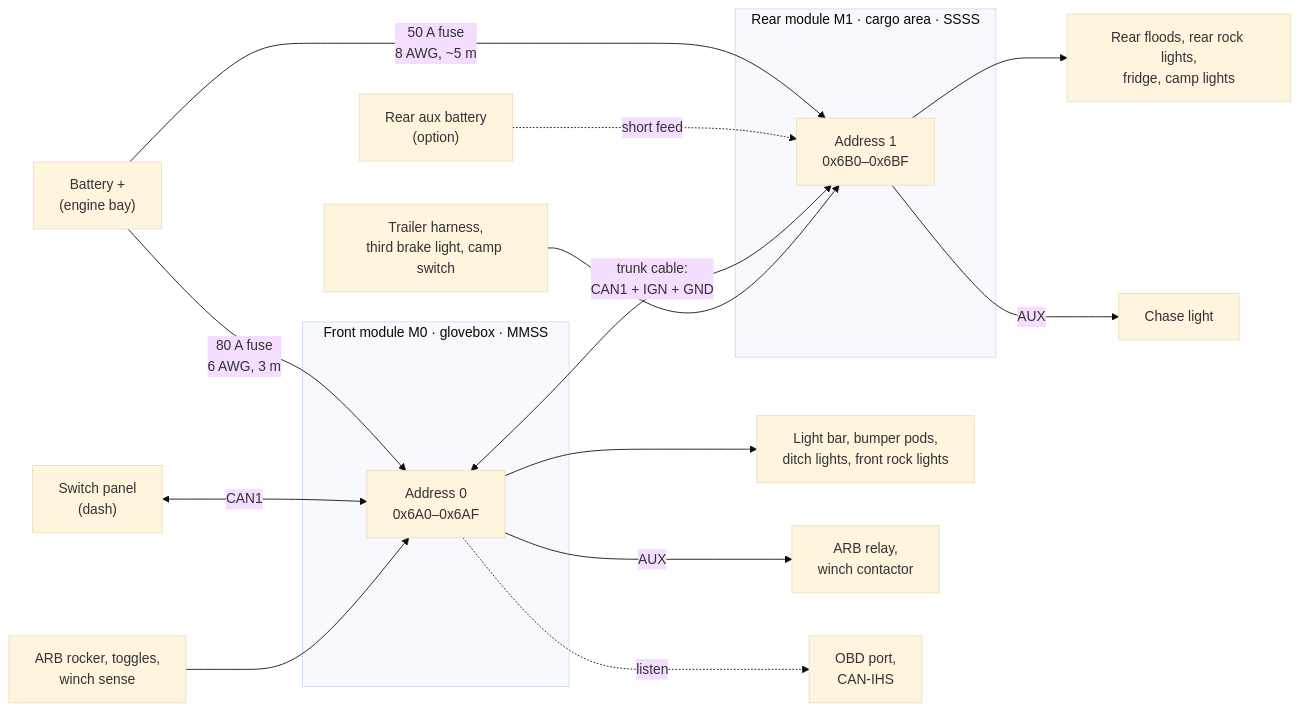
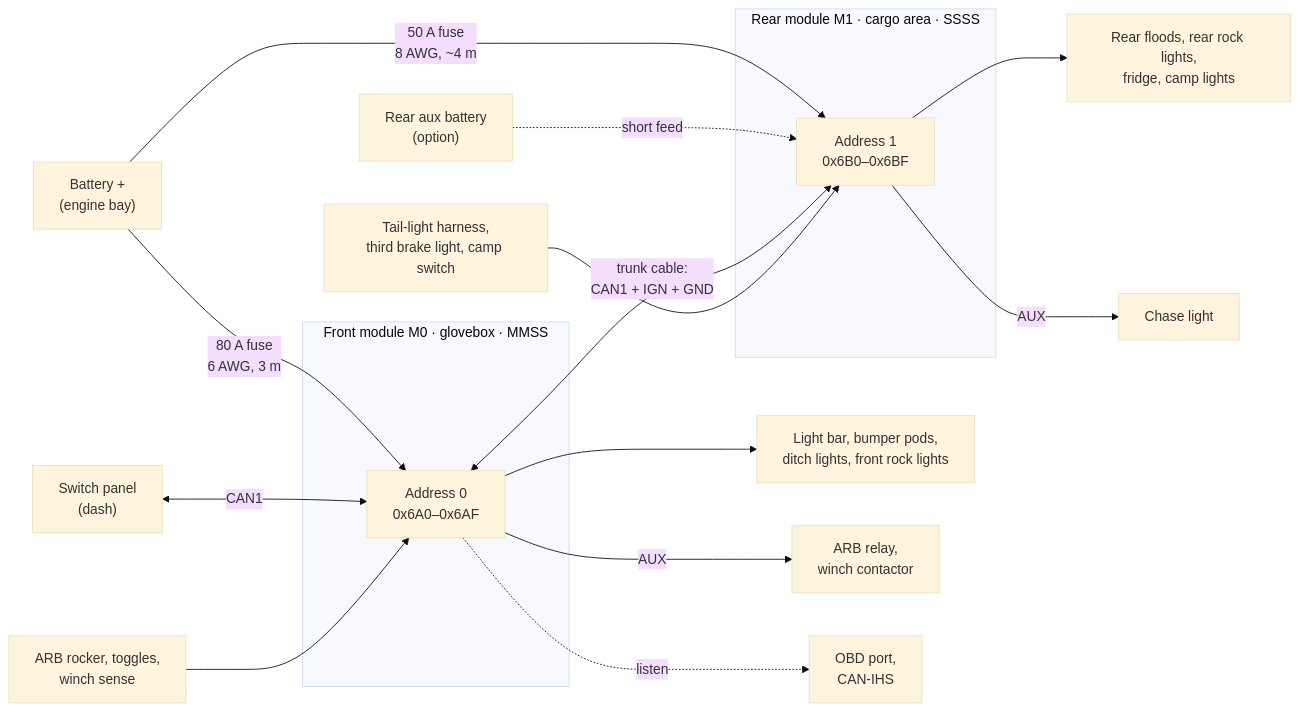
One commit to jeffmincey/playground changed the diagram in power-control-module/docs/13-multi-module-system.md. Above: the diagram before and after it, drawn with Mermaid (base theme). The commit also changed other lines of this file and 8 other files, not shown here.

````diff
--- a/power-control-module/docs/13-multi-module-system.md
+++ b/power-control-module/docs/13-multi-module-system.md
@@ -12,21 +12,21 @@
 ```mermaid
 flowchart LR
     BAT["Battery +<br/>(engine bay)"] -->|"80 A fuse<br/>6 AWG, 3 m"| M0
-    BAT -->|"50 A fuse<br/>8 AWG, ~5 m"| M1
+    BAT -->|"50 A fuse<br/>8 AWG, ~4 m"| M1
     AUXB["Rear aux battery<br/>(option)"] -.->|"short feed"| M1
     PANEL["Switch panel<br/>(dash)"] <-->|"CAN1"| M0
     M0 <-->|"trunk cable:<br/>CAN1 + IGN + GND"| M1
     subgraph FRONT["Front module M0 · glovebox · MMSS"]
         M0["Address 0<br/>0x6A0–0x6AF"]
     end
     subgraph REAR["Rear module M1 · cargo area · SSSS"]
         M1["Address 1<br/>0x6B0–0x6BF"]
     end
     M0 --> FL["Light bar, bumper pods,<br/>ditch lights, front rock lights"]
     M0 -->|"AUX"| FA["ARB relay,<br/>winch contactor"]
     M0 -.->|"listen"| JEEP["OBD port,<br/>CAN-IHS"]
     DASH["ARB rocker, toggles,<br/>winch sense"] --> M0
     M1 --> RL["Rear floods, rear rock lights,<br/>fridge, camp lights"]
     M1 -->|"AUX"| CH["Chase light"]
-    TRL["Trailer harness,<br/>third brake light, camp switch"] --> M1
+    TRL["Tail-light harness,<br/>third brake light, camp switch"] --> M1
 ```
````
